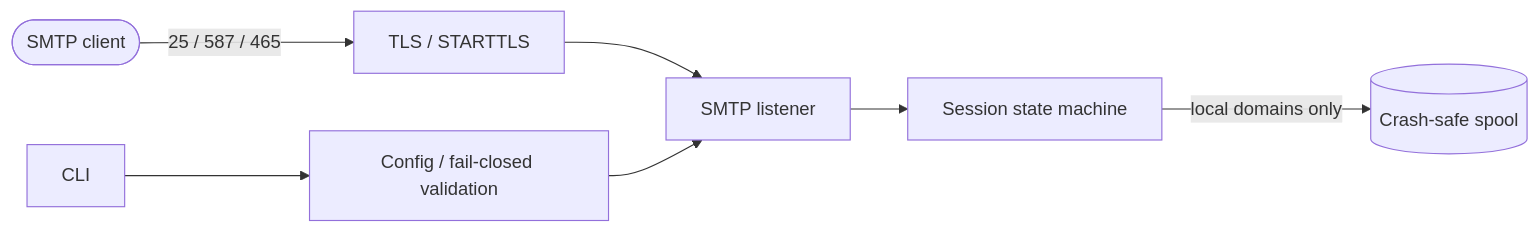
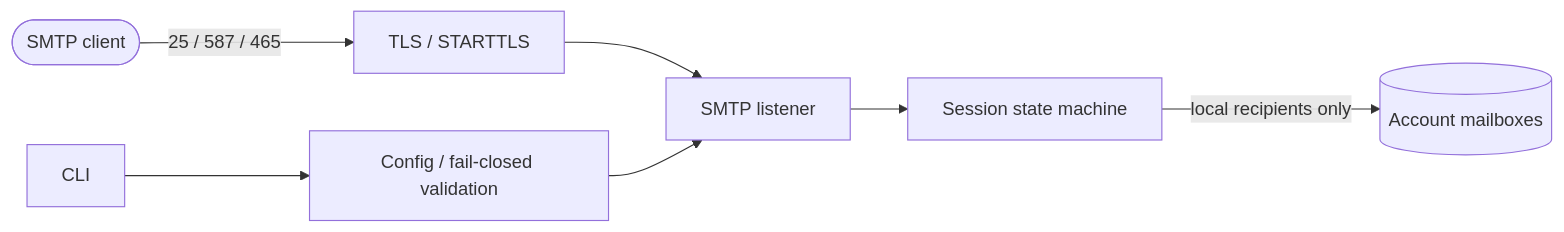
Before and after one commit to Glyndor/epistle: the diagram in README.md, drawn with Mermaid. The commit also changed other lines of this file and 4 other files, not shown here.

````diff
--- a/README.md
+++ b/README.md
@@ -9,9 +9,9 @@
 ```mermaid
 flowchart LR
 	client([SMTP client]) -->|25 / 587 / 465| tls[TLS / STARTTLS]
 	tls --> smtp[SMTP listener]
 	smtp --> session[Session state machine]
-	session -->|local domains only| spool[(Crash-safe spool)]
+	session -->|local recipients only| mailbox[(Account mailboxes)]
 	cli[CLI] --> config[Config / fail-closed validation]
 	config --> smtp
 ```
````
